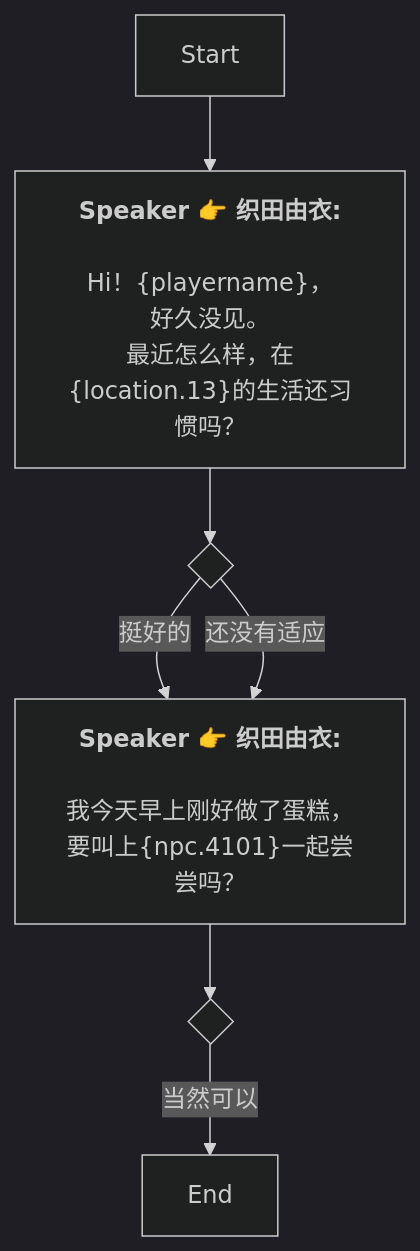
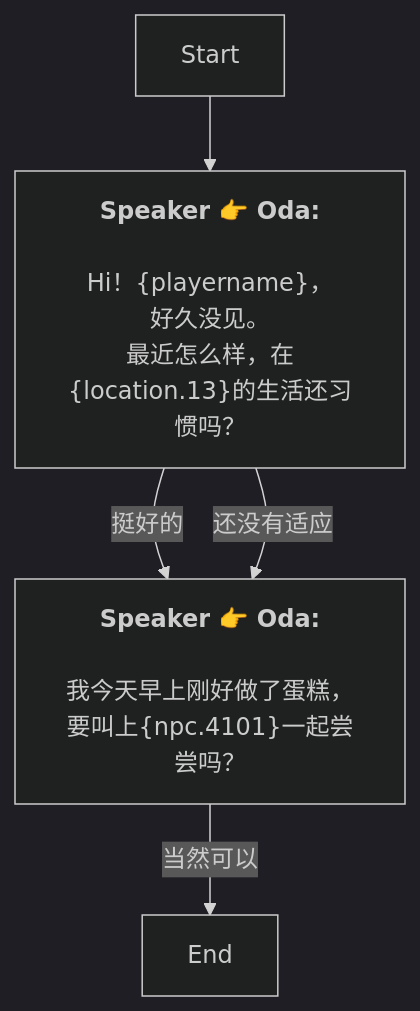
One commit to SoftHu/tos_avg changed the diagram in Zh/QuestStartTalkENode_1754297752607235.md. Above: the diagram before and after it, drawn with Mermaid (dark theme). The commit also changed 737 other files, not shown here.

````diff
--- a/Zh/QuestStartTalkENode_1754297752607235.md
+++ b/Zh/QuestStartTalkENode_1754297752607235.md
@@ -1,20 +1,15 @@
 ```mermaid
 graph
-Start -->1754297898306054[<b>Speaker 👉 织田由衣:</b>
-
-Hi！&lbrace;playername&rbrace;，
+Start -->1754297898306054[<b>Speaker 👉 Oda:</b>
+\nHi！&lbrace;playername&rbrace;，
 好久没见。
 最近怎么样，在&lbrace;location.13&rbrace;的生活还习惯吗？]
-1754297898306054 -->1754297922810375{ }
-1754297922810375 -->|挺好的|1754298284307980[<b>Speaker 👉 织田由衣:</b>
+1754297898306054 -->|挺好的|1754298284307980[<b>Speaker 👉 Oda:</b>
+\n我今天早上刚好做了蛋糕，
+要叫上&lbrace;npc.4101&rbrace;一起尝尝吗？]
+1754297898306054 -->|还没有适应|1754298284307980[<b>Speaker 👉 Oda:</b>
+\n我今天早上刚好做了蛋糕，
+要叫上&lbrace;npc.4101&rbrace;一起尝尝吗？]
+1754298284307980 -->|当然可以|1754298319793680[End]
 
-我今天早上刚好做了蛋糕，
-要叫上&lbrace;npc.4101&rbrace;一起尝尝吗？]
-1754297922810375 -->|还没有适应|1754298284307980[<b>Speaker 👉 织田由衣:</b>
-
-我今天早上刚好做了蛋糕，
-要叫上&lbrace;npc.4101&rbrace;一起尝尝吗？]
-1754298284307980 -->1754298305566221{ }
-1754298305566221 -->|当然可以|1754298319793680[End]
-
- ```
+```
````
